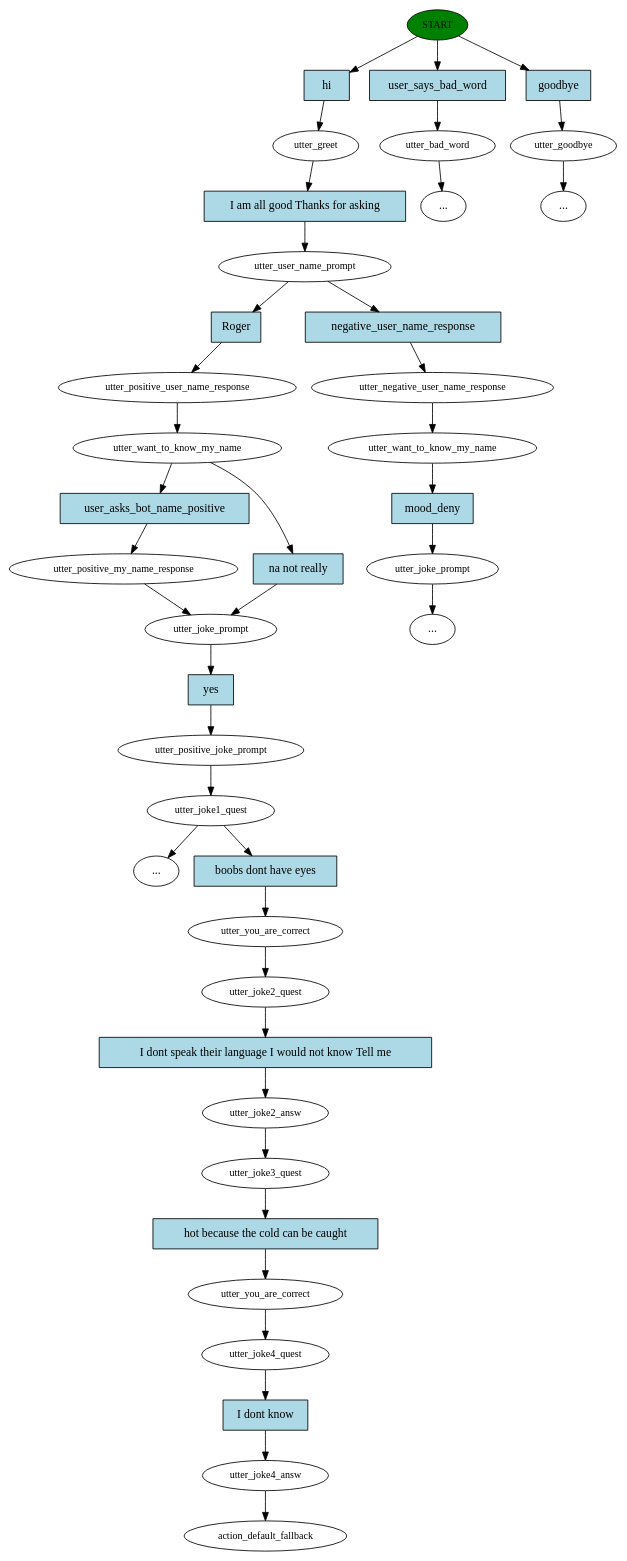
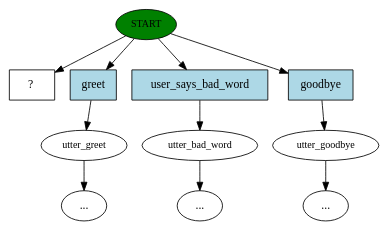
Before and after one commit to roger1891/Jiggabot: the diagram in story_graph.dot, drawn with Graphviz. The commit also changed 10 other files, not shown here.

```diff
--- a/story_graph.dot
+++ b/story_graph.dot
@@ -1,82 +1,23 @@
 digraph  {
 0 [class="start active", fillcolor=green, fontsize=12, label=START, style=filled];
-1 [class=active, fontsize=12, label=utter_greet];
-2 [class=active, fontsize=12, label=utter_user_name_prompt];
-3 [class=active, fontsize=12, label=utter_positive_user_name_response];
-4 [class=active, fontsize=12, label=utter_want_to_know_my_name];
-5 [class="", fontsize=12, label=utter_positive_my_name_response];
-6 [class=active, fontsize=12, label=utter_joke_prompt];
-7 [class=active, fontsize=12, label=utter_positive_joke_prompt];
-8 [class=active, fontsize=12, label=utter_joke1_quest];
-35 [class="", fontsize=12, label=utter_negative_user_name_response];
-36 [class="", fontsize=12, label=utter_want_to_know_my_name];
-37 [class="", fontsize=12, label=utter_joke_prompt];
-"-8" [class=ellipsis, label="..."];
-43 [class="", fontsize=12, label=utter_bad_word];
+1 [class="", fontsize=12, label=utter_greet];
+7 [class="", fontsize=12, label=utter_bad_word];
 "-9" [class=ellipsis, label="..."];
-44 [class="", fontsize=12, label=utter_goodbye];
+8 [class="", fontsize=12, label=utter_goodbye];
 "-10" [class=ellipsis, label="..."];
-"-11" [class=ellipsis, label="..."];
-60 [class=active, fontsize=12, label=utter_you_are_correct];
-61 [class=active, fontsize=12, label=utter_joke2_quest];
-62 [class=active, fontsize=12, label=utter_joke2_answ];
-63 [class=active, fontsize=12, label=utter_joke3_quest];
-64 [class=active, fontsize=12, label=utter_you_are_correct];
-65 [class=active, fontsize=12, label=utter_joke4_quest];
-66 [class=active, fontsize=12, label=utter_joke4_answ];
-67 [class="dashed active", fontsize=12, label=action_default_fallback];
-68 [class="intent active", fillcolor=lightblue, label=hi, shape=rect, style=filled];
-69 [class=intent, fillcolor=lightblue, label=user_says_bad_word, shape=rect, style=filled];
-70 [class=intent, fillcolor=lightblue, label=goodbye, shape=rect, style=filled];
-71 [class="intent active", fillcolor=lightblue, label="I am all good Thanks for asking", shape=rect, style=filled];
-72 [class="intent active", fillcolor=lightblue, label=Roger, shape=rect, style=filled];
-73 [class=intent, fillcolor=lightblue, label=negative_user_name_response, shape=rect, style=filled];
-74 [class=intent, fillcolor=lightblue, label=user_asks_bot_name_positive, shape=rect, style=filled];
-75 [class="intent active", fillcolor=lightblue, label="na not really", shape=rect, style=filled];
-76 [class="intent active", fillcolor=lightblue, label=yes, shape=rect, style=filled];
-77 [class="intent active", fillcolor=lightblue, label="boobs dont have eyes", shape=rect, style=filled];
-78 [class=intent, fillcolor=lightblue, label=mood_deny, shape=rect, style=filled];
-79 [class="intent active", fillcolor=lightblue, label="I dont speak their language I would not know Tell me", shape=rect, style=filled];
-80 [class="intent active", fillcolor=lightblue, label="hot because the cold can be caught", shape=rect, style=filled];
-81 [class="intent active", fillcolor=lightblue, label="I dont know", shape=rect, style=filled];
-0 -> 68  [class=active, key=0];
-0 -> 69  [class="", key=0];
-0 -> 70  [class="", key=0];
-1 -> 71  [class=active, key=0];
-2 -> 72  [class=active, key=0];
-2 -> 73  [class="", key=0];
-3 -> 4  [class=active, key=NONE, label=""];
-4 -> 74  [class="", key=0];
-4 -> 75  [class=active, key=0];
-5 -> 6  [class="", key=NONE, label=""];
-6 -> 76  [class=active, key=0];
-7 -> 8  [class=active, key=NONE, label=""];
-8 -> "-11"  [class="", key=NONE, label=""];
-8 -> 77  [class=active, key=0];
-35 -> 36  [class="", key=NONE, label=""];
-36 -> 78  [class="", key=0];
-37 -> "-8"  [class="", key=NONE, label=""];
-43 -> "-9"  [class="", key=NONE, label=""];
-44 -> "-10"  [class="", key=NONE, label=""];
-60 -> 61  [class=active, key=NONE, label=""];
-61 -> 79  [class=active, key=0];
-62 -> 63  [class=active, key=NONE, label=""];
-63 -> 80  [class=active, key=0];
-64 -> 65  [class=active, key=NONE, label=""];
-65 -> 81  [class=active, key=0];
-66 -> 67  [class=active, key=NONE, label=""];
-68 -> 1  [class=active, key=0];
-69 -> 43  [class="", key=0];
-70 -> 44  [class="", key=0];
-71 -> 2  [class=active, key=0];
-72 -> 3  [class=active, key=0];
-73 -> 35  [class="", key=0];
-74 -> 5  [class="", key=0];
-75 -> 6  [class=active, key=0];
-76 -> 7  [class=active, key=0];
-77 -> 60  [class=active, key=0];
-78 -> 37  [class="", key=0];
-79 -> 62  [class=active, key=0];
-80 -> 64  [class=active, key=0];
-81 -> 66  [class=active, key=0];
+"-12" [class=ellipsis, label="..."];
+11 [class="intent dashed active", label="  ?  ", shape=rect];
+12 [class=intent, fillcolor=lightblue, label=greet, shape=rect, style=filled];
+13 [class=intent, fillcolor=lightblue, label=user_says_bad_word, shape=rect, style=filled];
+14 [class=intent, fillcolor=lightblue, label=goodbye, shape=rect, style=filled];
+0 -> 11  [class=active, key=NONE, label=""];
+0 -> 12  [class="", key=0];
+0 -> 13  [class="", key=0];
+0 -> 14  [class="", key=0];
+1 -> "-12"  [class="", key=NONE, label=""];
+7 -> "-9"  [class="", key=NONE, label=""];
+8 -> "-10"  [class="", key=NONE, label=""];
+12 -> 1  [class="", key=0];
+13 -> 7  [class="", key=0];
+14 -> 8  [class="", key=0];
 }
```
